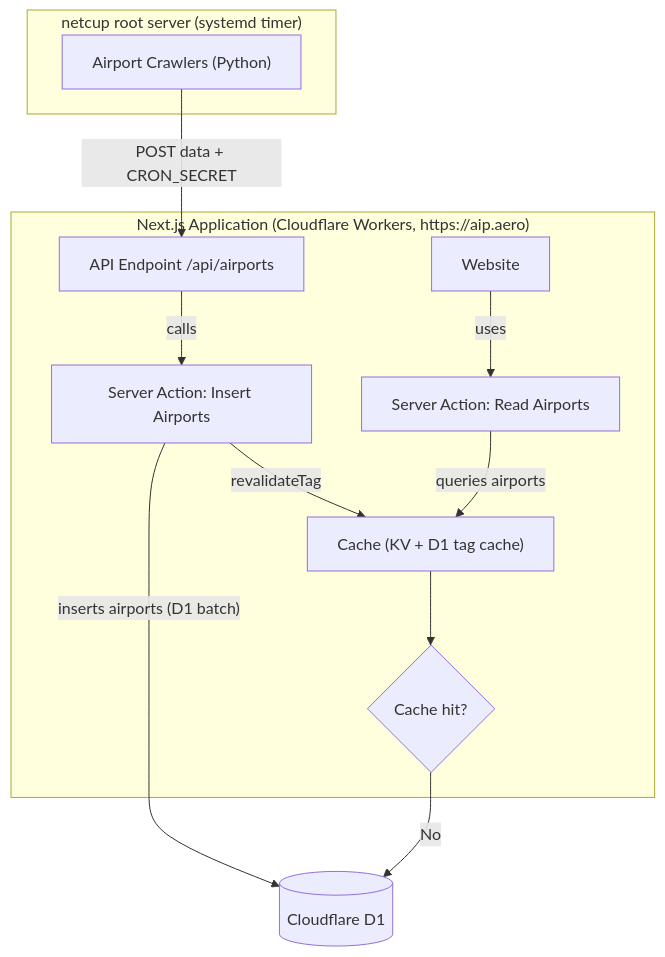
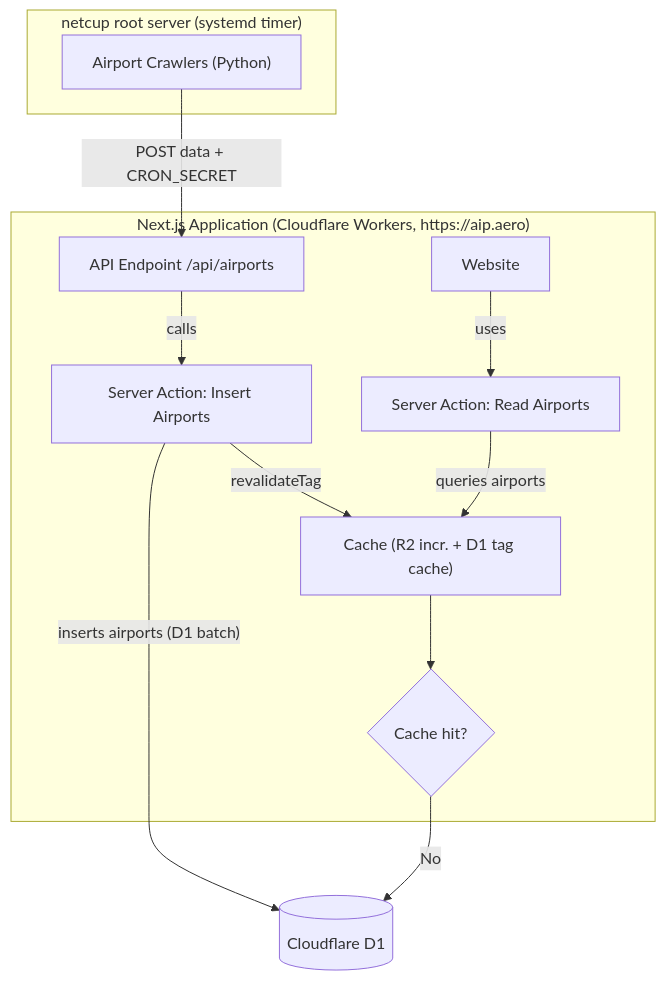
Before and after one commit to alexanderdross/AipAero: the diagram in README.md, drawn with Mermaid. The commit also changed other lines of this file and 8 other files, not shown here.

````diff
--- a/README.md
+++ b/README.md
@@ -19,22 +19,22 @@
 ```mermaid
 flowchart TD
  subgraph subGraph0["Next.js Application (Cloudflare Workers, https://aip.aero)"]
         API["API Endpoint /api/airports"]
         Website["Website"]
         InsertAction["Server Action: Insert Airports"]
         ReadAction["Server Action: Read Airports"]
-        Cache["Cache (KV + D1 tag cache)"]
+        Cache["Cache (R2 incr. + D1 tag cache)"]
         IsHit{"Cache hit?"}
   end
  subgraph subGraph1["netcup root server (systemd timer)"]
         Crawlers["Airport Crawlers (Python)"]
   end
     Crawlers -- "POST data + CRON_SECRET" --> API
     API -- calls --> InsertAction
     InsertAction -- inserts airports (D1 batch) --> D1[("Cloudflare D1")]
     InsertAction -- "revalidateTag" --> Cache
     Website -- uses --> ReadAction
     ReadAction -- queries airports --> Cache
     Cache --> IsHit
     IsHit -- No --> D1
 ```
````
